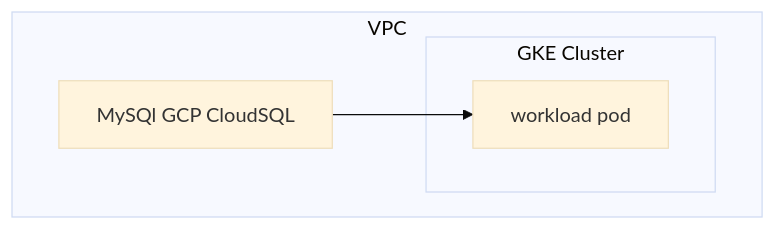
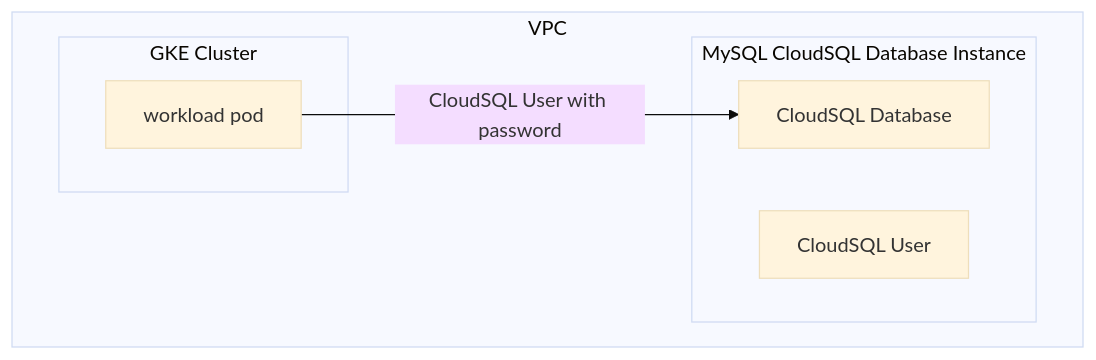
One commit to humanitec-architecture/resource-packs-gcp changed the first of 2 diagrams in examples/mysql/README.md. Above: the diagram before and after it, drawn with Mermaid (base theme). The commit also changed other lines of this file and 41 other files, not shown here.

````diff
--- a/examples/mysql/README.md
+++ b/examples/mysql/README.md
@@ -24,10 +27,13 @@
 ```mermaid
 graph TD;
   subgraph VPC
-    database["MySQl GCP CloudSQL"]
+    subgraph server["MySQL CloudSQL Database Instance"]
+      database["CloudSQL Database"]
+      user["CloudSQL User"]
+    end
     subgraph GKE Cluster
       pod[workload pod]
+      pod -- CloudSQL User with password --> database
     end
-    database --> pod
   end
 ```
````
